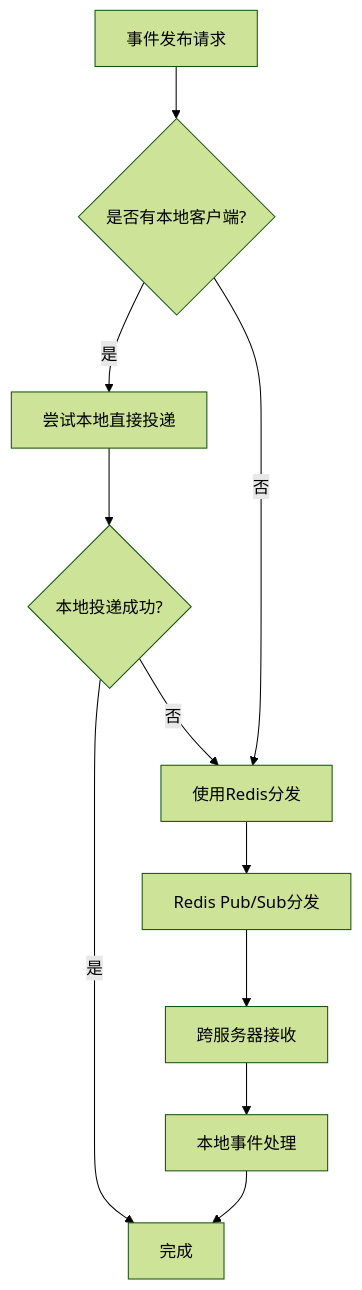
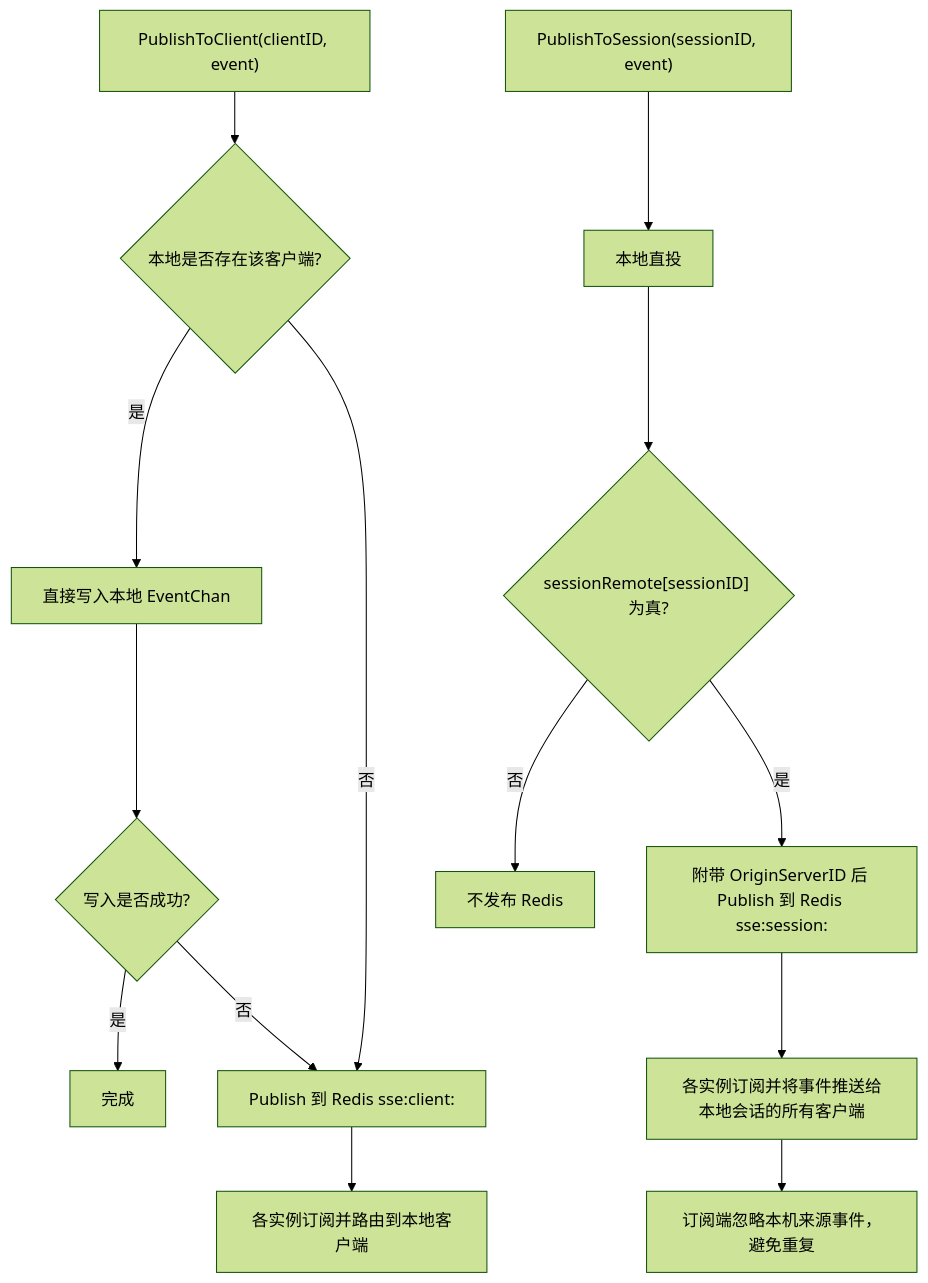
One commit to PGshen/thinking-map changed the second of 5 diagrams in docs/sse-technical-documentation.md. Above: the diagram before and after it, drawn with Mermaid (forest theme). The commit also changed other lines of this file and 9 other files, not shown here.

First line of the commit message:
feat(sse): refactor event bus and connection management

````diff
--- a/docs/sse-technical-documentation.md
+++ b/docs/sse-technical-documentation.md
@@ -84,13 +87,17 @@
 ```mermaid
 flowchart TD
-    A["事件发布请求"] --> B{"是否有本地客户端?"}
-    B -->|是| C["尝试本地直接投递"]
-    B -->|否| F["使用Redis分发"]
-    C --> D{"本地投递成功?"}
+    A["PublishToClient(clientID, event)"] --> B{"本地是否存在该客户端?"}
+    B -->|是| C["直接写入本地 EventChan"]
+    C --> D{"写入是否成功?"}
     D -->|是| E["完成"]
-    D -->|否| F
-    F --> G["Redis Pub/Sub分发"]
-    G --> H["跨服务器接收"]
-    H --> I["本地事件处理"]
-    I --> E
+    D -->|否| F["Publish 到 Redis sse:client:<clientID>"]
+    B -->|否| F
+    F --> G["各实例订阅并路由到本地客户端"]
+
+    H["PublishToSession(sessionID, event)"] --> I["本地直投"]
+    I --> J{"sessionRemote[sessionID] 为真?"}
+    J -->|是| K["附带 OriginServerID 后 Publish 到 Redis sse:session:<sessionID>"]
+    J -->|否| L["不发布 Redis"]
+    K --> M["各实例订阅并将事件推送给本地会话的所有客户端"]
+    M --> N["订阅端忽略本机来源事件，避免重复"]
 ```
````
